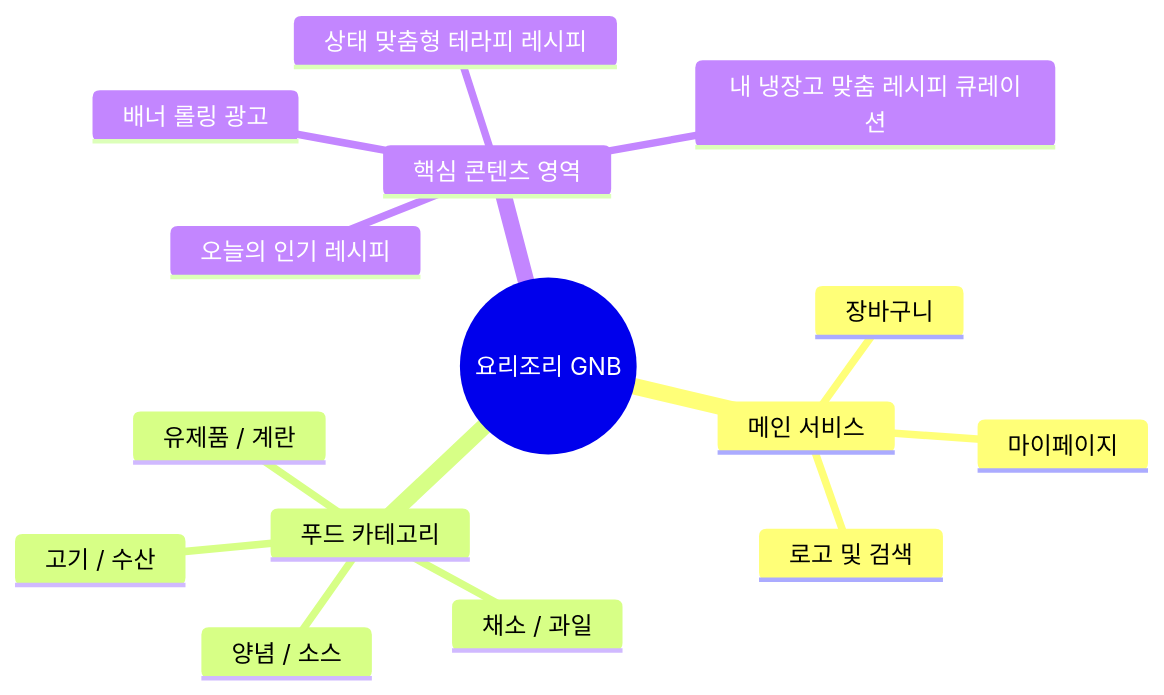
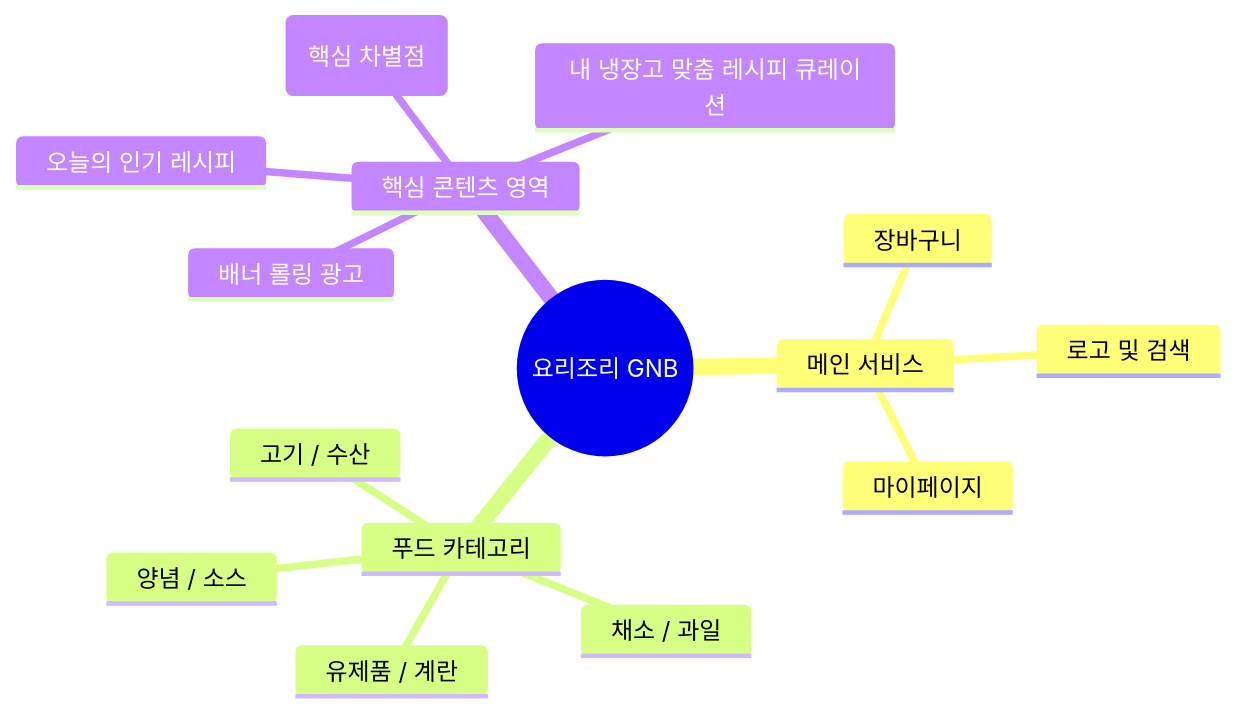
One commit to sormadbwls-ux/cook changed the third of 3 diagrams in README.md. Above: the diagram before and after it, drawn with Mermaid. The commit also changed other lines of this file, not shown here.

````diff
--- a/README.md
+++ b/README.md
@@ -39,18 +57,18 @@
 ```mermaid
 mindmap
   root((요리조리 GNB))
     메인 서비스
       로고 및 검색
       마이페이지
       장바구니
     푸드 카테고리
       채소 / 과일
       고기 / 수산
       양념 / 소스
       유제품 / 계란
     핵심 콘텐츠 영역
       배너 롤링 광고
       오늘의 인기 레시피
-      상태 맞춤형 테라피 레시피
+      상태 맞춤형 테라피 레시피 (핵심 차별점)
       내 냉장고 맞춤 레시피 큐레이션
 ```
````
